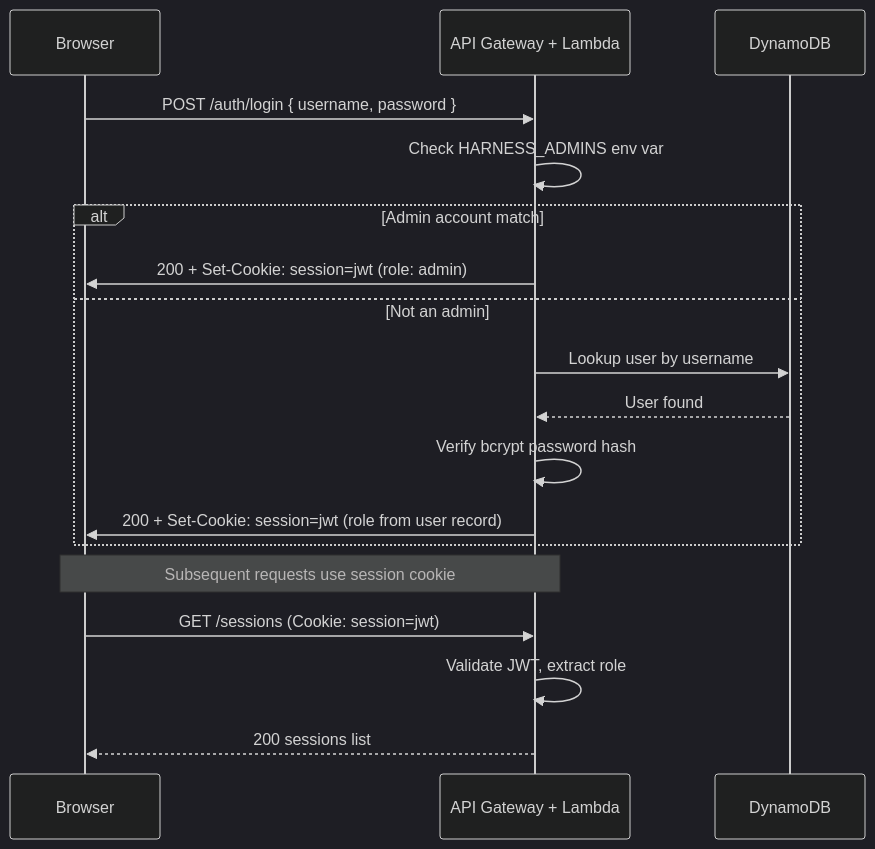
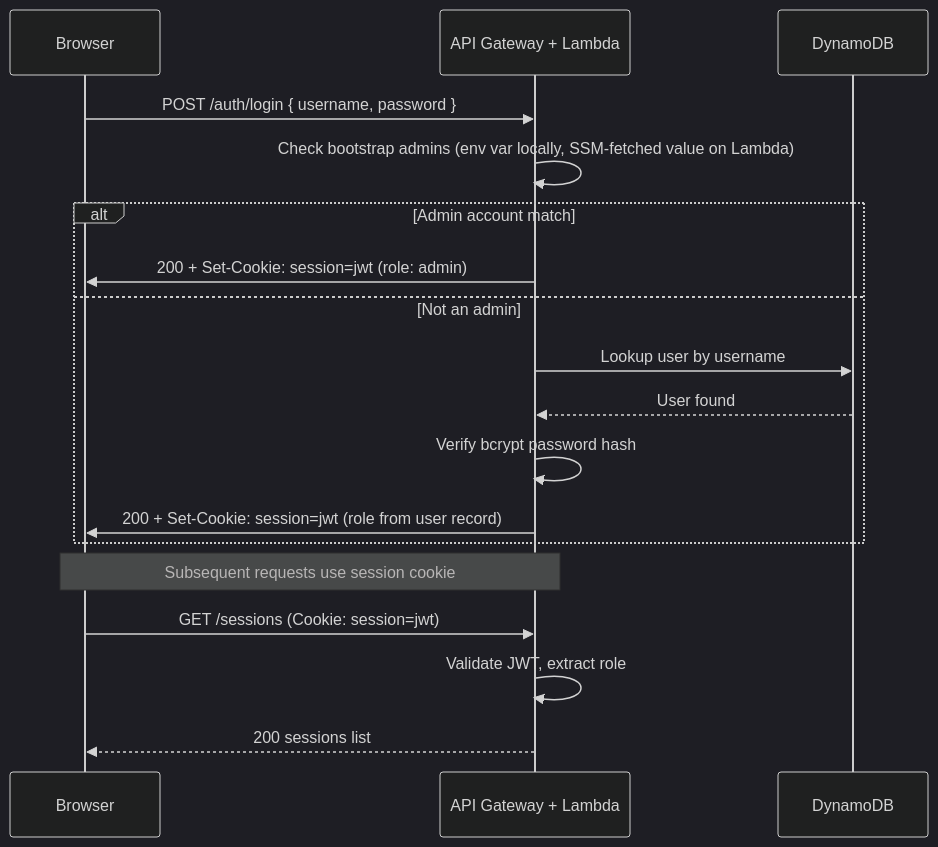
The first of 2 diagrams in docs/auth.md (jonathanong/auto-harness), drawn with Mermaid (dark theme) before and after one commit. The commit also changed other lines of this file and 1 other file, not shown here.

````diff
--- a/docs/auth.md
+++ b/docs/auth.md
@@ -145,22 +145,22 @@
 ```mermaid
 sequenceDiagram
     participant Browser
     participant API as API Gateway + Lambda
     participant DDB as DynamoDB
 
     Browser->>API: POST /auth/login { username, password }
-    API->>API: Check HARNESS_ADMINS env var
+    API->>API: Check bootstrap admins (env var locally, SSM-fetched value on Lambda)
     alt Admin account match
         API->>Browser: 200 + Set-Cookie: session=jwt (role: admin)
     else Not an admin
         API->>DDB: Lookup user by username
         DDB-->>API: User found
         API->>API: Verify bcrypt password hash
         API->>Browser: 200 + Set-Cookie: session=jwt (role from user record)
     end
 
     Note over Browser,API: Subsequent requests use session cookie
     Browser->>API: GET /sessions (Cookie: session=jwt)
     API->>API: Validate JWT, extract role
     API-->>Browser: 200 sessions list
 ```
````
